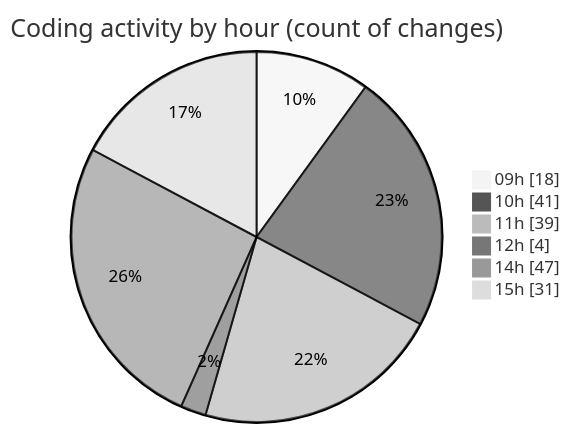
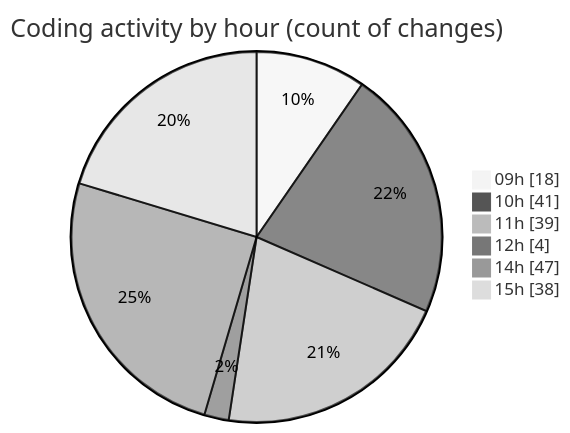
One commit to momahboobian/code-tracking changed the second of 2 diagrams in 2025-02-11/cda/README.md. Above: the diagram before and after it, drawn with Mermaid (neutral theme). The commit also changed other lines of this file and 1 other file, not shown here.

````diff
--- a/2025-02-11/cda/README.md
+++ b/2025-02-11/cda/README.md
@@ -34,10 +34,10 @@
 ```mermaid
 pie showData
 title Coding activity by hour (count of changes)
 "09h" : 18
 "10h" : 41
 "11h" : 39
 "12h" : 4
 "14h" : 47
-"15h" : 31
+"15h" : 38
 ```
````
